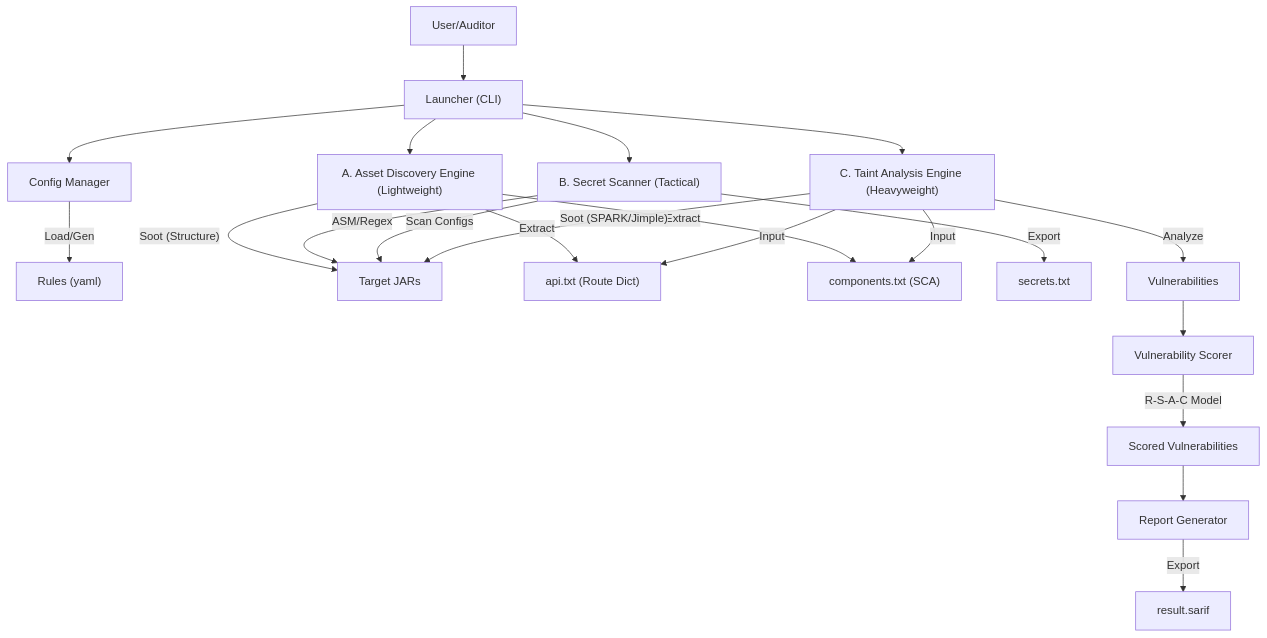
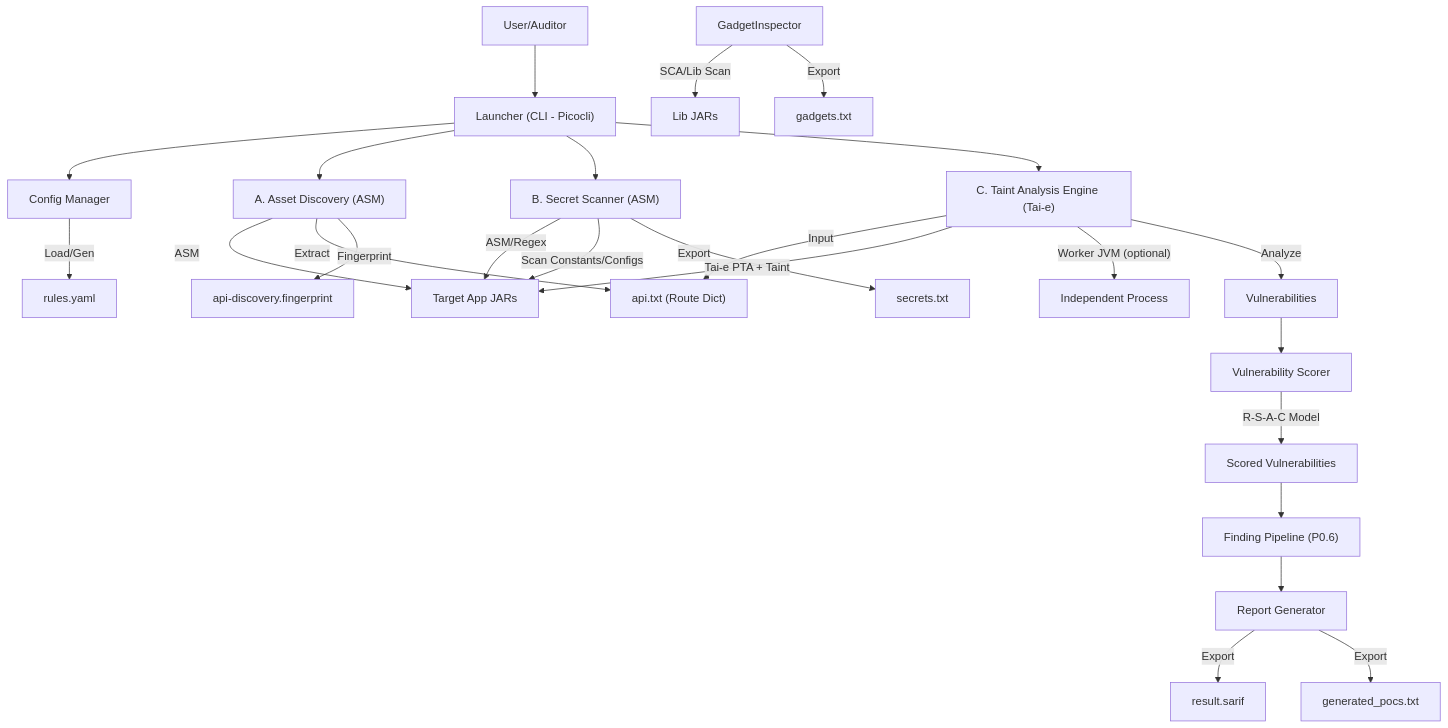
Before and after one commit to wuerror/JByteScanner: the diagram in ARCHITECTURE.md, drawn with Mermaid. The commit also changed other lines of this file and 5 other files, not shown here.

````diff
--- a/ARCHITECTURE.md
+++ b/ARCHITECTURE.md
@@ -14,29 +14,34 @@
 ```mermaid
 graph TD
-    User[User/Auditor] --> Launcher["Launcher (CLI)"]
+    User[User/Auditor] --> Launcher["Launcher (CLI - Picocli)"]
     Launcher --> ConfigMgr[Config Manager]
-    Launcher --> DiscoveryEngine["A. Asset Discovery Engine (Lightweight)"]
-    Launcher --> SecretScanner["B. Secret Scanner (Tactical)"]
-    Launcher --> TaintEngine["C. Taint Analysis Engine (Heavyweight)"]
+    Launcher --> DiscoveryEngine["A. Asset Discovery (ASM)"]
+    Launcher --> SecretScanner["B. Secret Scanner (ASM)"]
+    Launcher --> TaintEngine["C. Taint Analysis Engine (Tai-e)"]
     
-    ConfigMgr --> |Load/Gen| Rules["Rules (yaml)"]
+    ConfigMgr --> |Load/Gen| Rules["rules.yaml"]
     
-    DiscoveryEngine --> |"Soot (Structure)"| JARs[Target JARs]
+    DiscoveryEngine --> |ASM| JARs[Target App JARs]
     DiscoveryEngine --> |Extract| APIDict["api.txt (Route Dict)"]
-    DiscoveryEngine --> |Extract| ComponentDict["components.txt (SCA)"]
+    DiscoveryEngine --> |Fingerprint| FP["api-discovery.fingerprint"]
 
     SecretScanner --> |"ASM/Regex"| JARs
-    SecretScanner --> |"Scan Configs"| JARs
+    SecretScanner --> |"Scan Constants/Configs"| JARs
     SecretScanner --> |Export| Secrets["secrets.txt"]
     
+    GadgetInspector --> |"SCA/Lib Scan"| LibJars[Lib JARs]
+    GadgetInspector --> |Export| Gadgets["gadgets.txt"]
+    
     TaintEngine --> |Input| APIDict
-    TaintEngine --> |Input| ComponentDict
-    TaintEngine --> |"Soot (SPARK/Jimple)"| JARs
+    TaintEngine --> |"Tai-e PTA + Taint"| JARs
+    TaintEngine --> |"Worker JVM (optional)"| Worker[Independent Process]
     TaintEngine --> |Analyze| Vulnerabilities[Vulnerabilities]
     
     Vulnerabilities --> Scorer[Vulnerability Scorer]
     Scorer --> |"R-S-A-C Model"| ScoredVulns[Scored Vulnerabilities]
+    ScoredVulns --> FindingPipeline["Finding Pipeline (P0.6)"]
 
-    ScoredVulns --> ReportGen[Report Generator]
+    FindingPipeline --> ReportGen[Report Generator]
     ReportGen --> |Export| SARIF["result.sarif"]
+    ReportGen --> |Export| PoC["generated_pocs.txt"]
 ```
````
